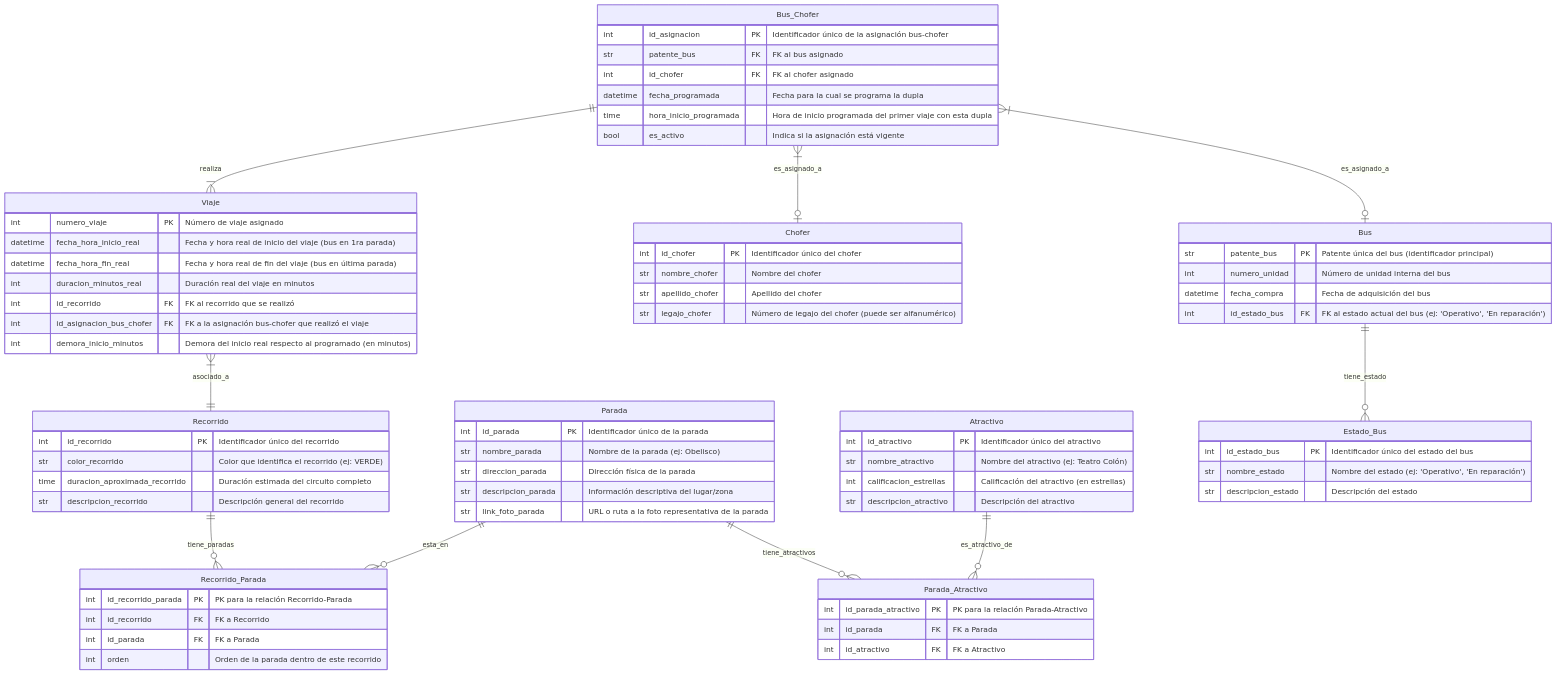
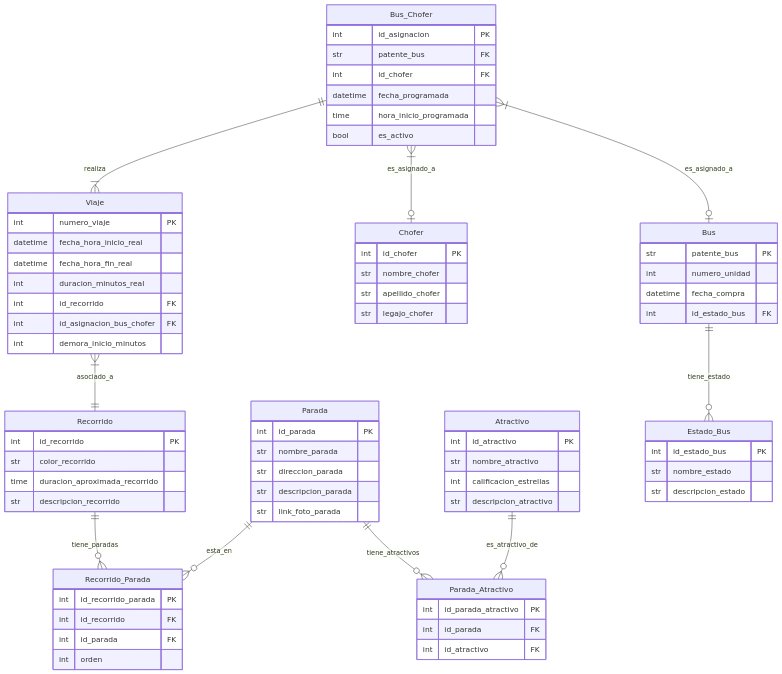
Before and after one commit to Villada-PG3/trabajo-practico-integrador-bus-turistico: the diagram in proyecto_desarrollo/er1.mmd, drawn with Mermaid.

Commit message:
base de datos sin comentarios

```diff
--- a/proyecto_desarrollo/er1.mmd
+++ b/proyecto_desarrollo/er1.mmd
@@ -1,87 +1,87 @@
 erDiagram
+    %% Diagrama de Entidad-Relación para el sistema de recorridos de buses
     Recorrido ||--o{ Recorrido_Parada : tiene_paradas
     Parada ||--o{ Recorrido_Parada : esta_en
     Parada ||--o{ Parada_Atractivo : tiene_atractivos
     Atractivo ||--o{ Parada_Atractivo : es_atractivo_de
 
     Bus_Chofer }|--o| Bus : es_asignado_a
     Bus_Chofer }|--o| Chofer : es_asignado_a
     Bus_Chofer ||--|{ Viaje : realiza
 
     Bus ||--o{ Estado_Bus : tiene_estado
     Viaje }|--|| Recorrido : asociado_a
 
-
     Recorrido {
-        int id_recorrido PK "Identificador único del recorrido"
-        str color_recorrido "Color que identifica el recorrido (ej: VERDE)"
-        time duracion_aproximada_recorrido "Duración estimada del circuito completo"
-        str descripcion_recorrido "Descripción general del recorrido"
+        int id_recorrido PK
+        str color_recorrido
+        time duracion_aproximada_recorrido
+        str descripcion_recorrido
     }
 
     Recorrido_Parada {
-        int id_recorrido_parada PK "PK para la relación Recorrido-Parada"
-        int id_recorrido FK "FK a Recorrido"
-        int id_parada FK "FK a Parada"
-        int orden "Orden de la parada dentro de este recorrido"
+        int id_recorrido_parada PK
+        int id_recorrido FK
+        int id_parada FK
+        int orden
     }
 
     Parada {
-        int id_parada PK "Identificador único de la parada"
-        str nombre_parada "Nombre de la parada (ej: Obelisco)"
-        str direccion_parada "Dirección física de la parada"
-        str descripcion_parada "Información descriptiva del lugar/zona"
-        str link_foto_parada "URL o ruta a la foto representativa de la parada"
+        int id_parada PK
+        str nombre_parada
+        str direccion_parada
+        str descripcion_parada
+        str link_foto_parada
     }
 
     Parada_Atractivo {
-        int id_parada_atractivo PK "PK para la relación Parada-Atractivo"
-        int id_parada FK "FK a Parada"
-        int id_atractivo FK "FK a Atractivo"
+        int id_parada_atractivo PK
+        int id_parada FK
+        int id_atractivo FK
     }
 
     Atractivo {
-        int id_atractivo PK "Identificador único del atractivo"
-        str nombre_atractivo "Nombre del atractivo (ej: Teatro Colón)"
-        int calificacion_estrellas "Calificación del atractivo (en estrellas)"
-        str descripcion_atractivo "Descripción del atractivo"
+        int id_atractivo PK
+        str nombre_atractivo
+        int calificacion_estrellas
+        str descripcion_atractivo
     }
 
     Bus {
-        str patente_bus PK "Patente única del bus (identificador principal)"
-        int numero_unidad "Número de unidad interna del bus"
-        datetime fecha_compra "Fecha de adquisición del bus"
-        int id_estado_bus FK "FK al estado actual del bus (ej: 'Operativo', 'En reparación')"
+        str patente_bus PK
+        int numero_unidad
+        datetime fecha_compra
+        int id_estado_bus FK
     }
 
     Estado_Bus {
-        int id_estado_bus PK "Identificador único del estado del bus"
-        str nombre_estado "Nombre del estado (ej: 'Operativo', 'En reparación')"
-        str descripcion_estado "Descripción del estado"
+        int id_estado_bus PK
+        str nombre_estado
+        str descripcion_estado
     }
 
     Chofer {
-        int id_chofer PK "Identificador único del chofer"
-        str nombre_chofer "Nombre del chofer"
-        str apellido_chofer "Apellido del chofer"
-        str legajo_chofer "Número de legajo del chofer (puede ser alfanumérico)"
+        int id_chofer PK
+        str nombre_chofer
+        str apellido_chofer
+        str legajo_chofer
     }
 
     Bus_Chofer {
-        int id_asignacion PK "Identificador único de la asignación bus-chofer"
-        str patente_bus FK "FK al bus asignado"
-        int id_chofer FK "FK al chofer asignado"
-        datetime fecha_programada "Fecha para la cual se programa la dupla"
-        time hora_inicio_programada "Hora de inicio programada del primer viaje con esta dupla"
-        bool es_activo "Indica si la asignación está vigente"
+        int id_asignacion PK
+        str patente_bus FK
+        int id_chofer FK
+        datetime fecha_programada
+        time hora_inicio_programada
+        bool es_activo
     }
 
     Viaje {
-        int numero_viaje PK "Número de viaje asignado"
-        datetime fecha_hora_inicio_real "Fecha y hora real de inicio del viaje (bus en 1ra parada)"
-        datetime fecha_hora_fin_real "Fecha y hora real de fin del viaje (bus en última parada)"
-        int duracion_minutos_real "Duración real del viaje en minutos"
-        int id_recorrido FK "FK al recorrido que se realizó"
-        int id_asignacion_bus_chofer FK "FK a la asignación bus-chofer que realizó el viaje"
-        int demora_inicio_minutos "Demora del inicio real respecto al programado (en minutos)"
+        int numero_viaje PK
+        datetime fecha_hora_inicio_real
+        datetime fecha_hora_fin_real
+        int duracion_minutos_real
+        int id_recorrido FK
+        int id_asignacion_bus_chofer FK
+        int demora_inicio_minutos
     }
```
